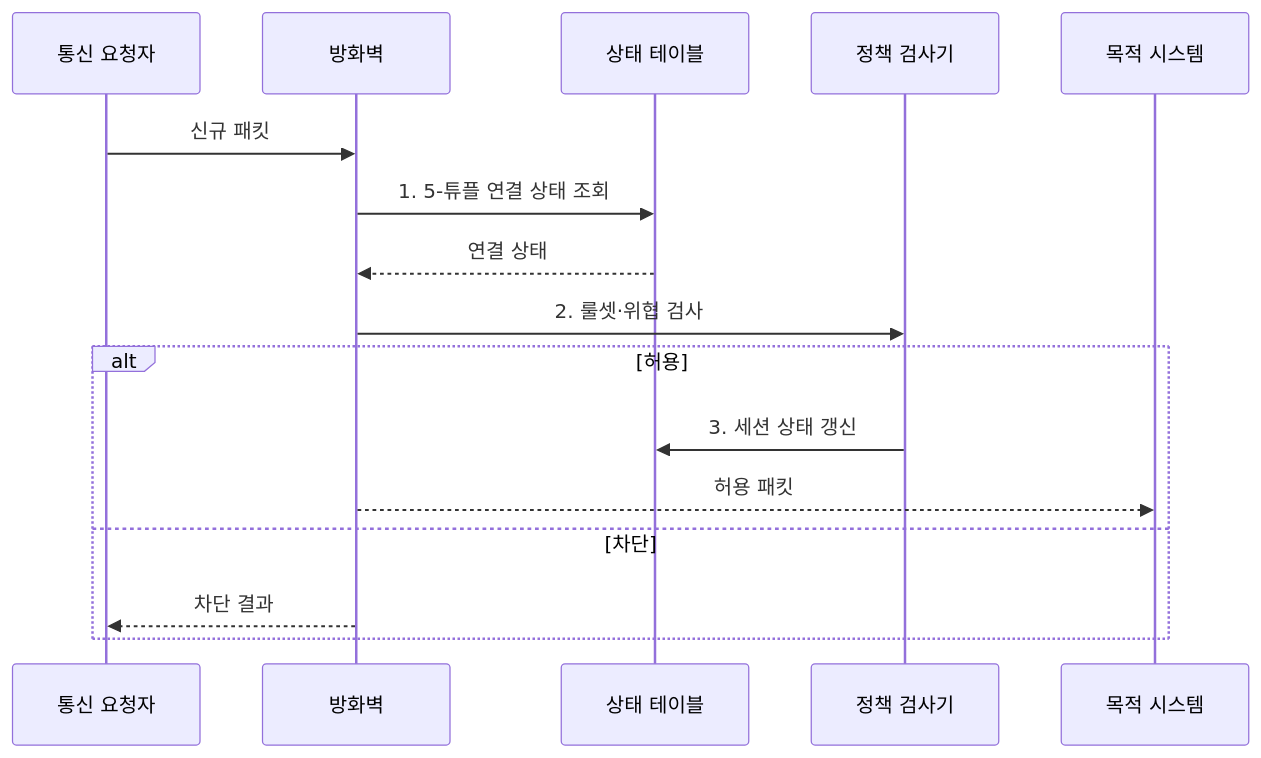
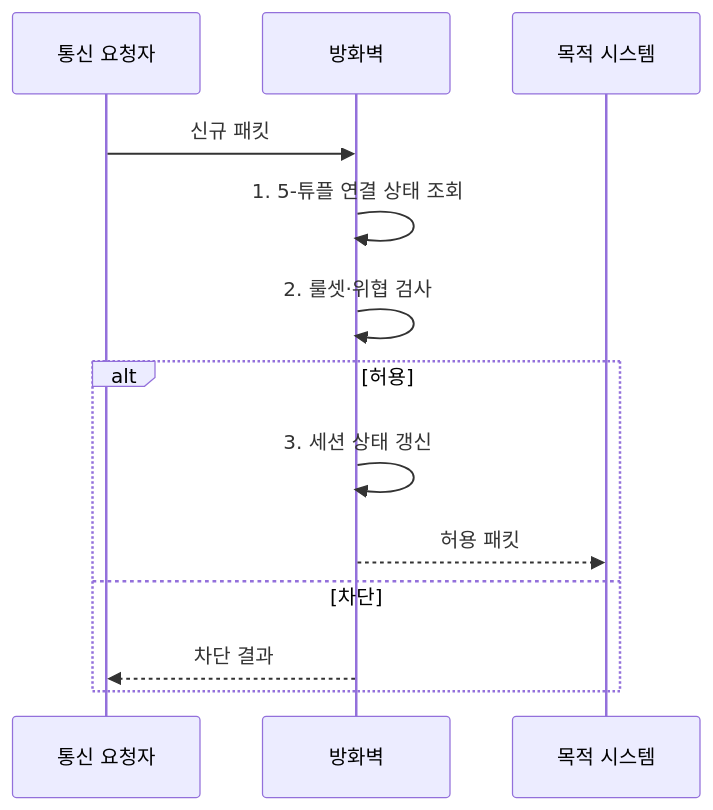
Before and after one commit to agnusdei1207/knowledge-base: the second of 2 diagrams in src/content/docs/notes/05-security/021_firewall.md, drawn with Mermaid. The commit also changed 8 other files, not shown here.

Commit message:
Simplify security operations sequences

````diff
--- a/src/content/docs/notes/05-security/021_firewall.md
+++ b/src/content/docs/notes/05-security/021_firewall.md
@@ -96,18 +96,15 @@
 ```mermaid
 sequenceDiagram
     participant C as 통신 요청자
     participant F as 방화벽
-    participant S as 상태 테이블
-    participant P as 정책 검사기
     participant T as 목적 시스템
     C->>F: 신규 패킷
-    F->>S: 1. 5-튜플 연결 상태 조회
-    S-->>F: 연결 상태
-    F->>P: 2. 룰셋·위협 검사
+    F->>F: 1. 5-튜플 연결 상태 조회
+    F->>F: 2. 룰셋·위협 검사
     alt 허용
-        P->>S: 3. 세션 상태 갱신
+        F->>F: 3. 세션 상태 갱신
         F-->>T: 허용 패킷
     else 차단
         F-->>C: 차단 결과
     end
 ```
````
